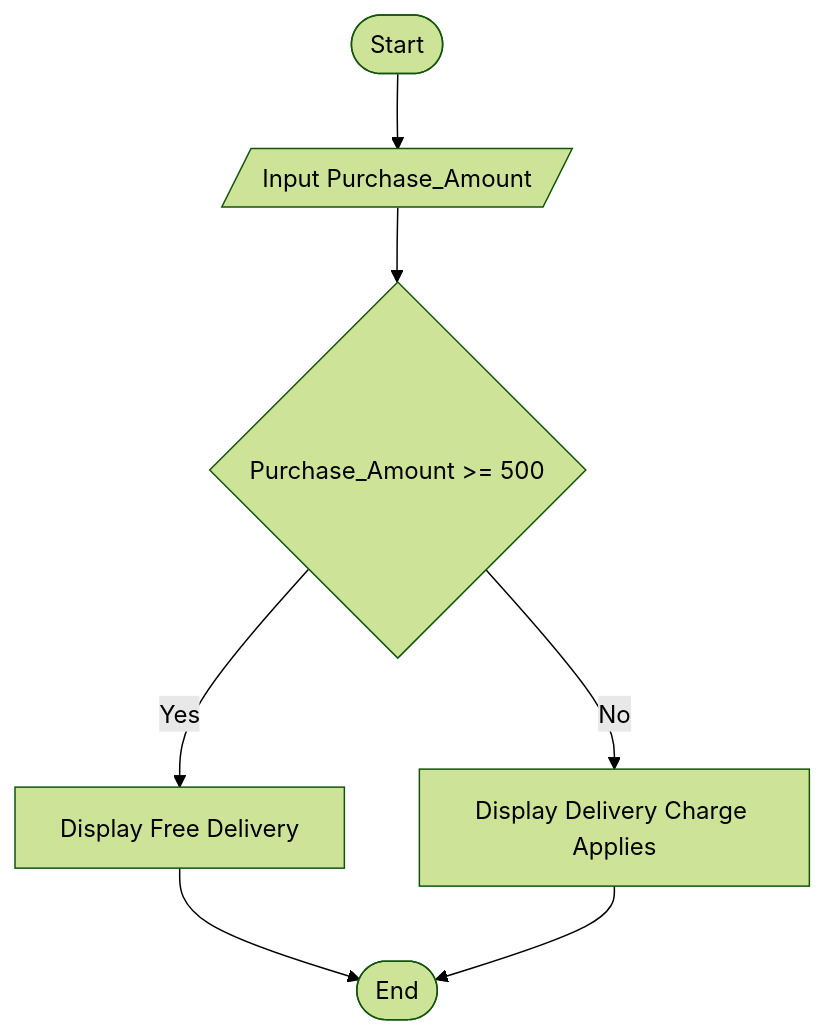
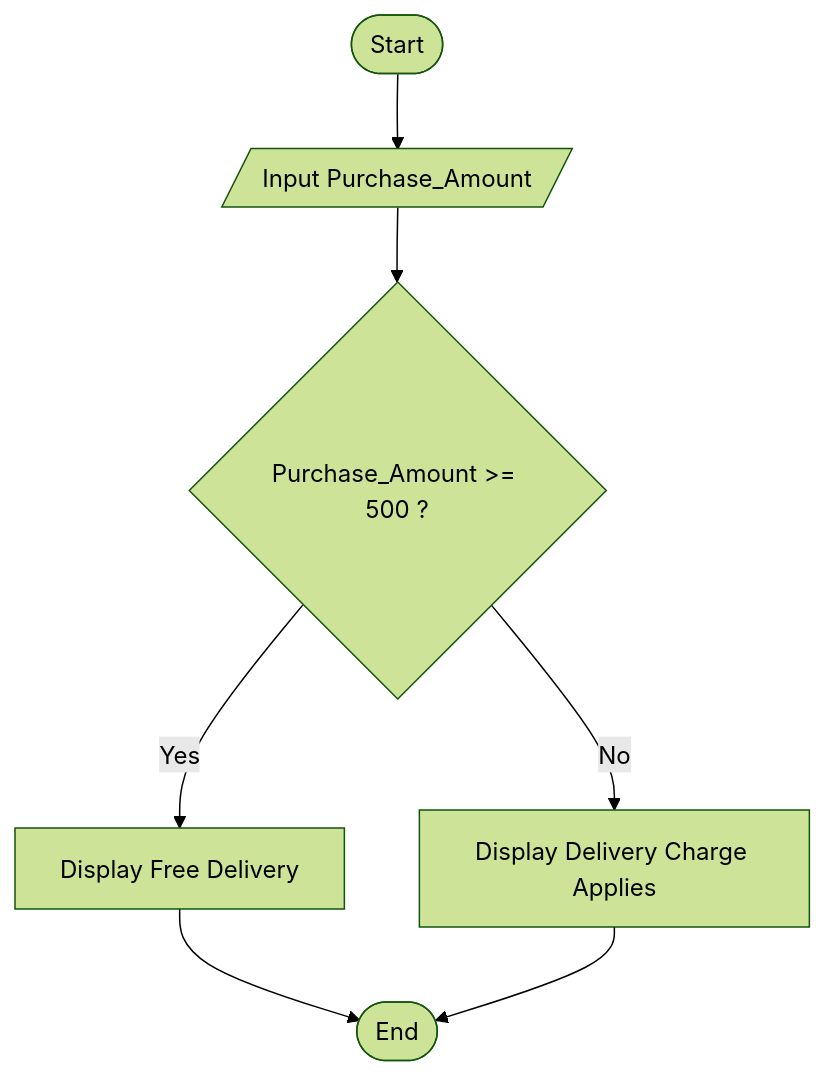
The diagram in Algorithms/Online_Shopping.md (Padmaqaauto/Flowchart_and_Pseudocode), drawn with Mermaid (forest theme) before and after one commit. The commit also changed 12 other files, not shown here.

````diff
--- a/Algorithms/Online_Shopping.md
+++ b/Algorithms/Online_Shopping.md
@@ -31,13 +31,13 @@
 ```mermaid
 
 flowchart TD
     
     A(["Start"]) --> B[/Input Purchase_Amount/]
-    B --> C{"Purchase_Amount >= 500"}
+    B --> C{"Purchase_Amount >= 500 ?"}
     C  --> |Yes| D["Display Free Delivery"]
     C --> |No| E["Display Delivery Charge Applies"]
     D --> F(["End"])
     E --> F
     
 
 ```
````
